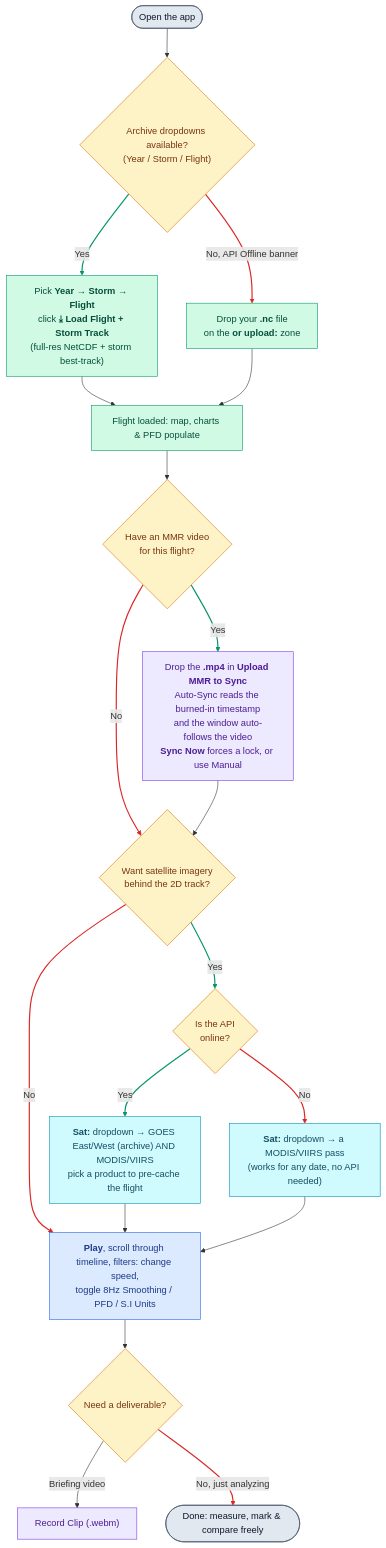
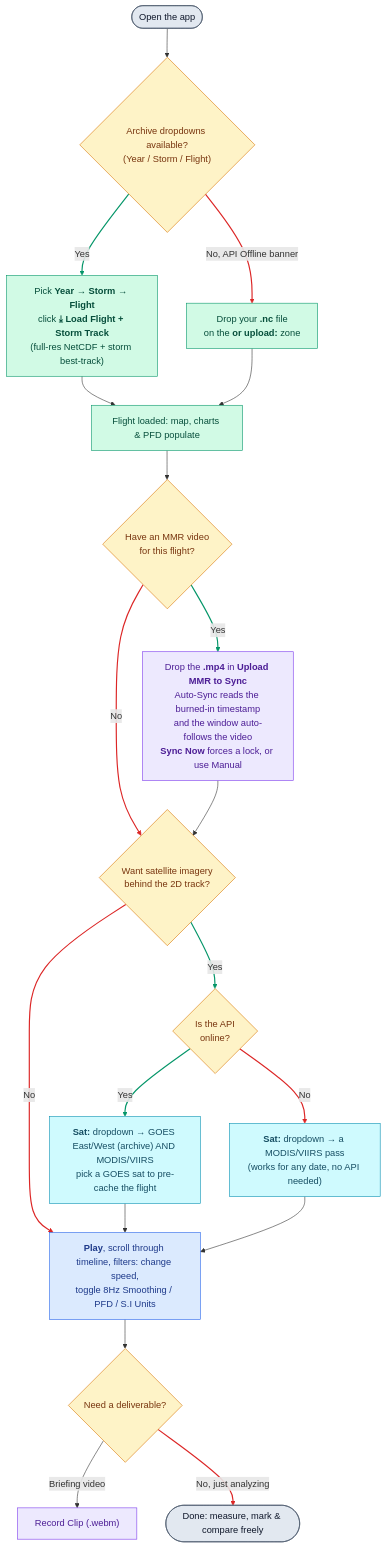
The diagram in README.md (diegoxb07/AOCVisualizer), drawn with Mermaid before and after one commit.

````diff
--- a/README.md
+++ b/README.md
@@ -17,37 +17,37 @@
 ```mermaid
 flowchart TD
     START(["Open the app"]) --> ARCHIVE{"Archive dropdowns available?<br>(Year / Storm / Flight)"}
     ARCHIVE -- "Yes" --> LOADARC["Pick <b>Year → Storm → Flight</b><br>click <b>⤓ Load Flight + Storm Track</b><br>(full-res NetCDF + storm best-track)"]
     ARCHIVE -- "No, API Offline banner" --> UPLOAD["Drop your <b>.nc</b> file<br>on the <b>or upload:</b> zone"]
     LOADARC --> LOADED["Flight loaded: map, charts & PFD populate"]
     UPLOAD --> LOADED
     LOADED --> MMR{"Have an MMR video<br>for this flight?"}
     MMR -- "Yes" --> VIDEO["Drop the <b>.mp4</b> in <b>Upload MMR to Sync</b><br>Auto-Sync reads the burned-in timestamp<br>and the window auto-follows the video<br><b>Sync Now</b> forces a lock, or use Manual"]
     MMR -- "No" --> SAT{"Want satellite imagery<br>behind the 2D track?"}
     VIDEO --> SAT
     SAT -- "Yes" --> FROMARC{"Is the API<br>online?"}
-    FROMARC -- "Yes" --> SATGOES["<b>Sat:</b> dropdown → GOES East/West (archive) AND MODIS/VIIRS<br>pick a product to pre-cache the flight"]
+    FROMARC -- "Yes" --> SATGOES["<b>Sat:</b> dropdown → GOES East/West (archive) AND MODIS/VIIRS<br>pick a GOES sat to pre-cache the flight"]
     FROMARC -- "No" --> SATPOLAR["<b>Sat:</b> dropdown → a MODIS/VIIRS pass<br>(works for any date, no API needed)"]
     SAT -- "No" --> PLAY["<b>Play</b>, scroll through timeline, filters: change speed,<br>toggle 8Hz Smoothing / PFD / S.I Units"]
     SATGOES --> PLAY
     SATPOLAR --> PLAY
     PLAY --> EXPORT{"Need a deliverable?"}
     EXPORT -- "Briefing video" --> CLIP["Record Clip (.webm)"]
     EXPORT -- "No, just analyzing" --> DONE(["Done: measure, mark & compare freely"])
 
     classDef decision fill:#fef3c7,stroke:#d97706,color:#78350f
     classDef data fill:#d1fae5,stroke:#059669,color:#064e3b
     classDef mmr fill:#ede9fe,stroke:#7c3aed,color:#4c1d95
     classDef sat fill:#cffafe,stroke:#0891b2,color:#164e63
     classDef playback fill:#dbeafe,stroke:#2563eb,color:#1e3a8a
     classDef term fill:#e2e8f0,stroke:#475569,color:#0f172a
     class ARCHIVE,MMR,SAT,FROMARC,EXPORT decision
     class LOADARC,UPLOAD,LOADED data
     class VIDEO,CLIP mmr
     class SATGOES,SATPOLAR sat
     class PLAY playback
     class START,DONE term
     %% linkStyle numbers = edge definition order above; update them if edges are added or reordered
     linkStyle 1,6,9,10 stroke:#059669,stroke-width:2px
     linkStyle 2,7,11,12,17 stroke:#dc2626,stroke-width:2px
 ```
````
